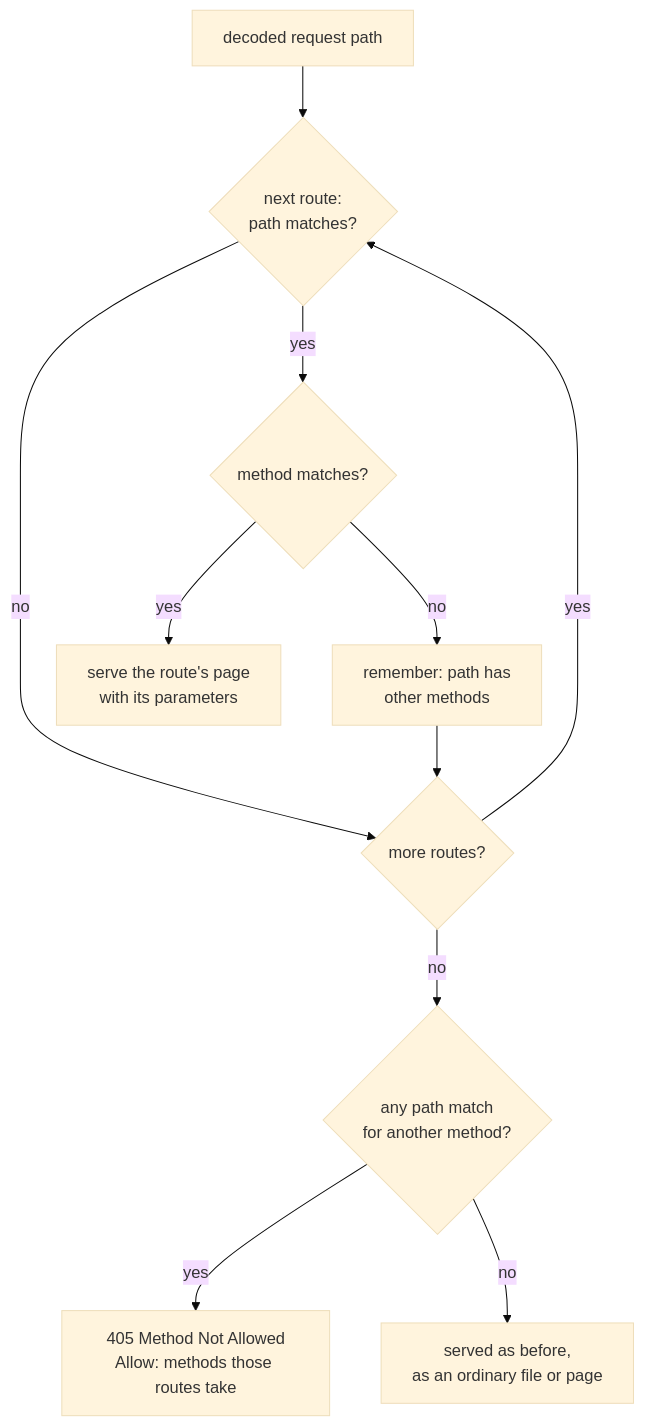
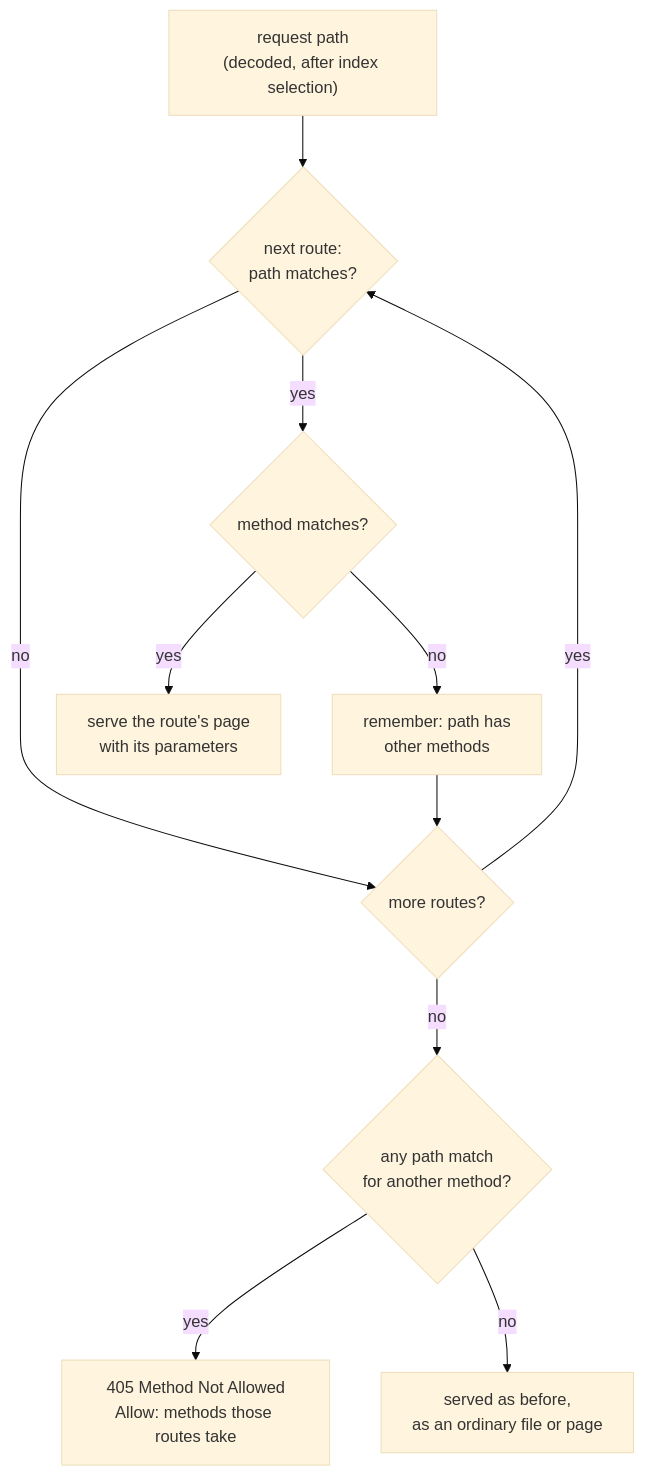
Before and after one commit to DanielTillett/klin: the diagram in doc/ROUTES.md, drawn with Mermaid (base theme). The commit also changed other lines of this file and 25 other files, not shown here.

````diff
--- a/doc/ROUTES.md
+++ b/doc/ROUTES.md
@@ -52,13 +55,13 @@
 ```mermaid
 flowchart TD
-    A["decoded request path"] --> B{"next route:<br/>path matches?"}
+    A["request path<br/>(decoded, after index selection)"] --> B{"next route:<br/>path matches?"}
     B -- no --> C{"more routes?"}
     B -- yes --> D{"method matches?"}
     D -- yes --> E["serve the route's page<br/>with its parameters"]
     D -- no --> F["remember: path has<br/>other methods"]
     F --> C
     C -- yes --> B
     C -- no --> G{"any path match<br/>for another method?"}
     G -- yes --> H["405 Method Not Allowed<br/>Allow: methods those routes take"]
     G -- no --> I["served as before,<br/>as an ordinary file or page"]
 ```
````
